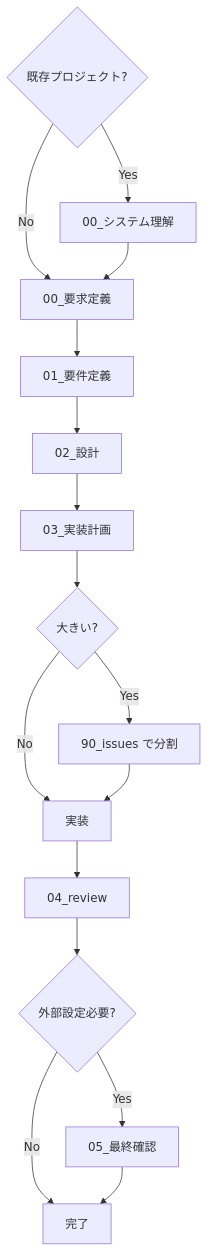
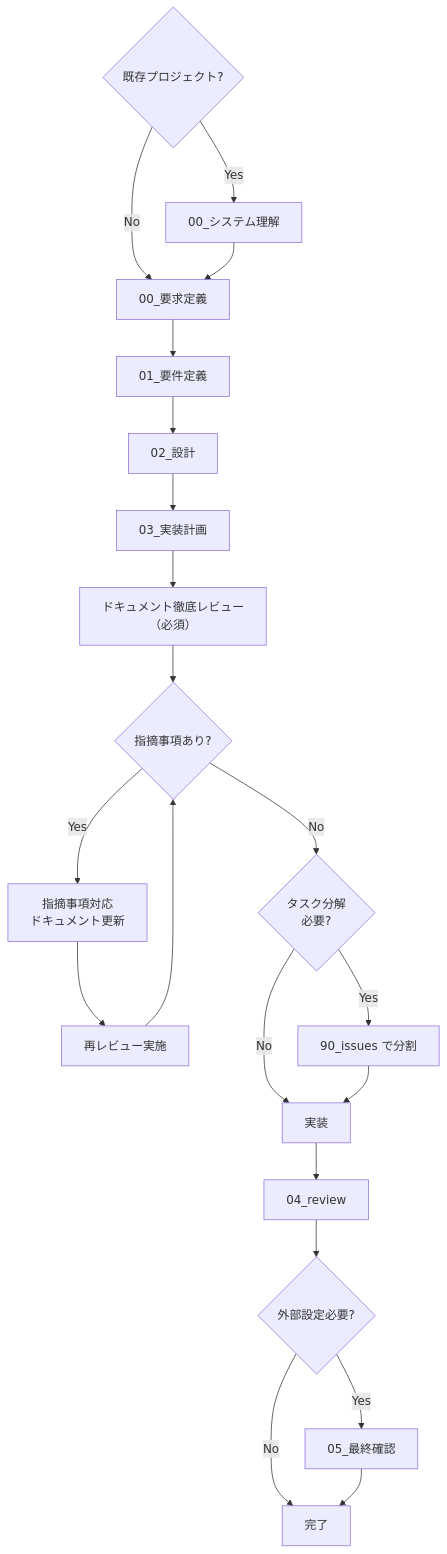
One commit to techbeansjp-free/AGENTS.md changed the diagram in AGENTS_AI_PLAYBOOK.md. Above: the diagram before and after it, drawn with Mermaid. The commit also changed other lines of this file and 3 other files, not shown here.

````diff
--- a/AGENTS_AI_PLAYBOOK.md
+++ b/AGENTS_AI_PLAYBOOK.md
@@ -94,32 +94,41 @@
 ```mermaid
 flowchart TD
   START{"既存プロジェクト?"}
   SU["00_システム理解"]
   R0["00_要求定義"]
   R1["01_要件定義"]
   R2["02_設計"]
   R3["03_実装計画"]
-  R4{"大きい?"}
+  DR["ドキュメント徹底レビュー<br/>（必須）"]
+  DR2{"指摘事項あり?"}
+  DR3["指摘事項対応<br/>ドキュメント更新"]
+  DR4["再レビュー実施"]
+  TS{"タスク分解<br/>必要?"}
   R5["90_issues で分割"]
   E["実装"]
   RV["04_review"]
   FC{"外部設定必要?"}
   FC2["05_最終確認"]
   DONE["完了"]
 
   START -->|"Yes"| SU
   START -->|"No"| R0
   SU --> R0
   R0 --> R1
   R1 --> R2
   R2 --> R3
-  R3 --> R4
-  R4 -->|"Yes"| R5
-  R4 -->|"No"| E
+  R3 --> DR
+  DR --> DR2
+  DR2 -->|"Yes"| DR3
+  DR3 --> DR4
+  DR4 --> DR2
+  DR2 -->|"No"| TS
+  TS -->|"Yes"| R5
+  TS -->|"No"| E
   R5 --> E
   E --> RV
   RV --> FC
   FC -->|"Yes"| FC2
   FC -->|"No"| DONE
   FC2 --> DONE
 ```
````
